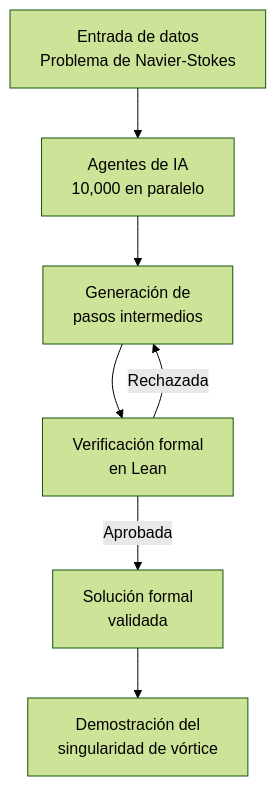
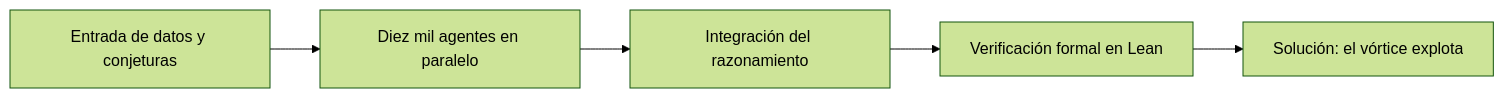
Before and after one commit to jsbaez/jsbaez.github.io: the diagram in _posts/2026-09-08-openai-navier-stokes-solucion.md, drawn with Mermaid (forest theme). The commit also changed other lines of this file and 1 other file, not shown here.

Commit message:
refactor(blog): refine post and visuals for openai-navier-stokes-solucion based on review

````diff
--- a/_posts/2026-09-08-openai-navier-stokes-solucion.md
+++ b/_posts/2026-09-08-openai-navier-stokes-solucion.md
@@ -30,9 +38,7 @@
 ```mermaid
-flowchart TD
-    A[Entrada de datos<br/>Problema de Navier-Stokes] --> B[Agentes de IA<br/>10,000 en paralelo]
-    B --> C[Generación de<br/>pasos intermedios]
-    C --> D[Verificación formal<br/>en Lean]
-    D -->|Aprobada| E[Solución formal<br/>validada]
-    D -->|Rechazada| C
-    E --> F[Demostración del<br/>singularidad de vórtice]
+flowchart LR
+    A[Entrada de datos y conjeturas] --> B[Diez mil agentes en paralelo]
+    B --> C[Integración del razonamiento]
+    C --> D[Verificación formal en Lean]
+    D --> E[Solución: el vórtice explota]
 ```
````
